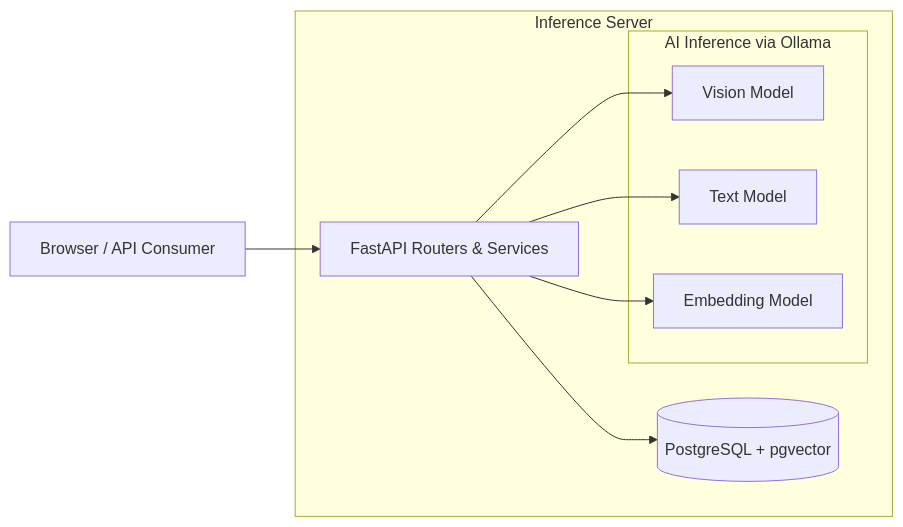
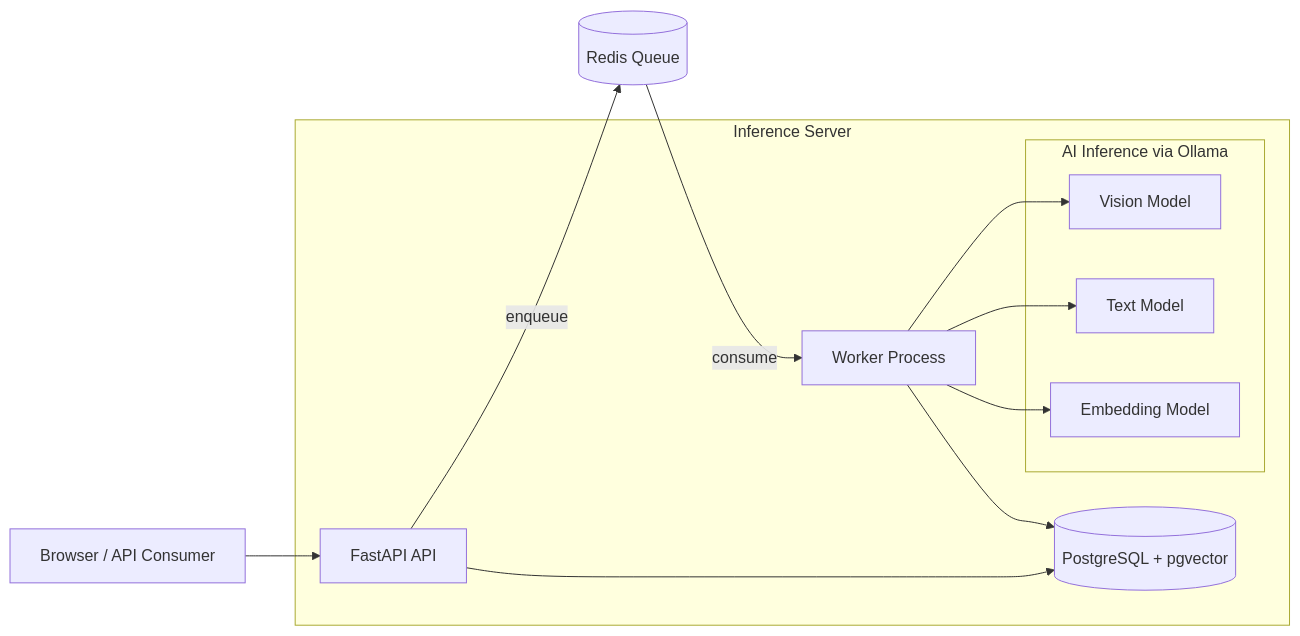
One commit to theruderaw/medgemma-inference-server changed the second of 4 diagrams in README.md. Above: the diagram before and after it, drawn with Mermaid. The commit also changed other lines of this file and 18 other files, not shown here.

Commit message:
Added redis worker queues

````diff
--- a/README.md
+++ b/README.md
@@ -129,20 +148,24 @@
 ```mermaid
 flowchart LR
-    A[Browser / API Consumer] --> B[FastAPI Routers & Services]
+    A[Browser / API Consumer] --> B[FastAPI API]
+    B -->|enqueue| R[(Redis Queue)]
+    R -->|consume| W[Worker Process]
 
     subgraph InferenceServer [Inference Server]
         B
+        W
         C[(PostgreSQL + pgvector)]
 
         subgraph AI [AI Inference via Ollama]
             D[Vision Model]
             E[Text Model]
             F[Embedding Model]
         end
     end
 
-    B --> D
-    B --> E
-    B --> F
+    W --> D
+    W --> E
+    W --> F
     B --> C
+    W --> C
 ```
````
